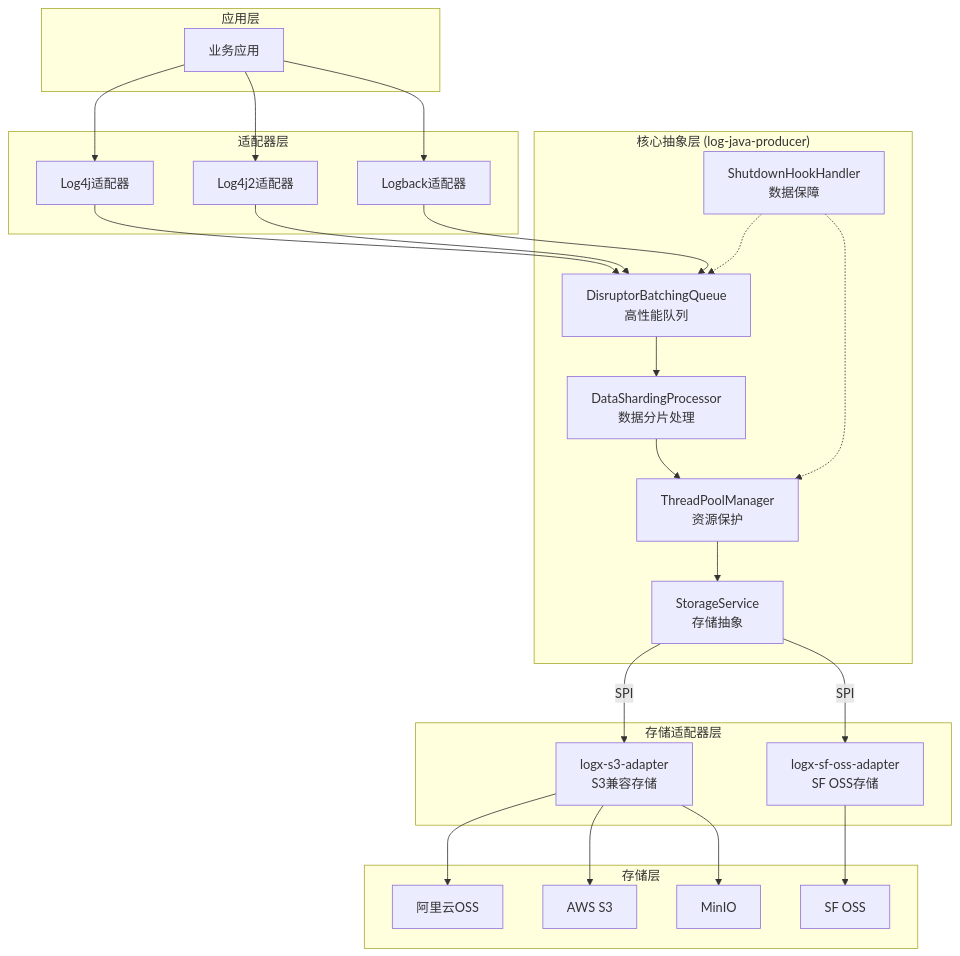
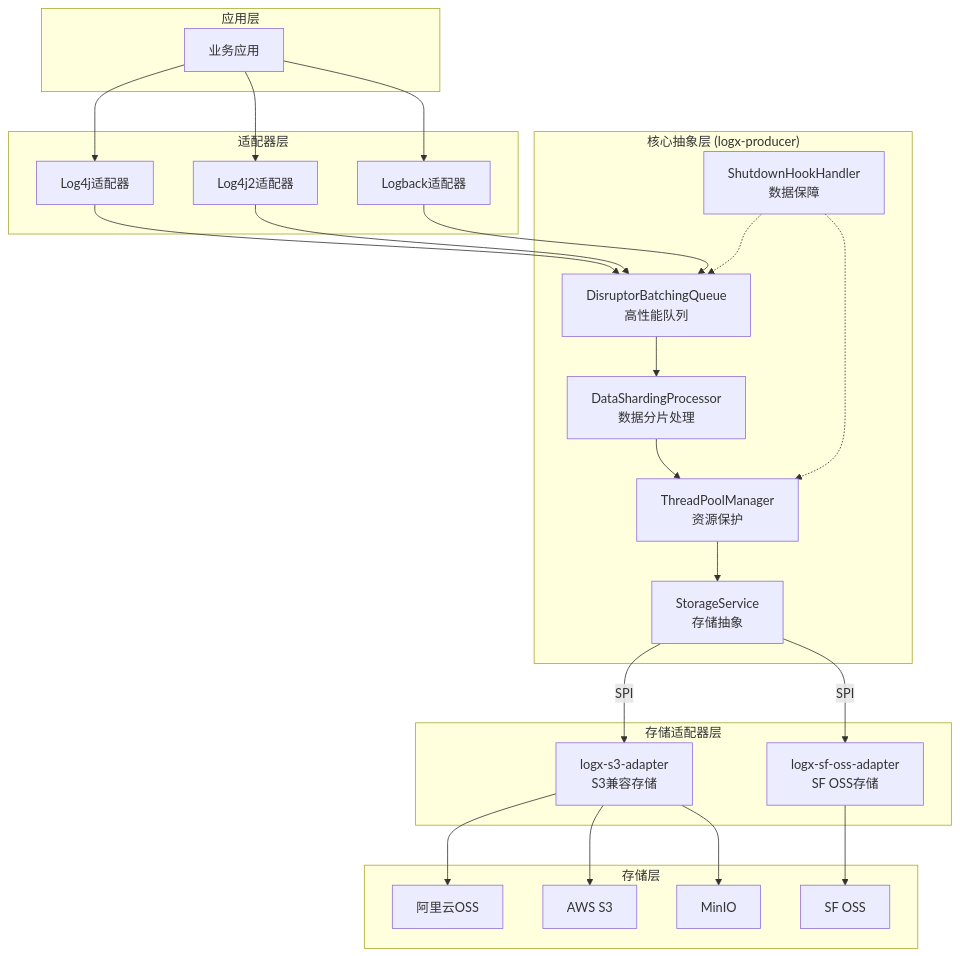
The first of 3 diagrams in docs/architecture.md (kzy77/logx-oss-appender), drawn with Mermaid before and after one commit. The commit also changed other lines of this file and 23 other files, not shown here.

````diff
--- a/docs/architecture.md
+++ b/docs/architecture.md
@@ -173,54 +173,54 @@
 ```mermaid
 graph TD
     subgraph "应用层"
         APP[业务应用]
     end
 
     subgraph "适配器层"
         L4J[Log4j适配器]
         L4J2[Log4j2适配器]
         LB[Logback适配器]
     end
 
-    subgraph "核心抽象层 (log-java-producer)"
+    subgraph "核心抽象层 (logx-producer)"
         DQ[DisruptorBatchingQueue<br/>高性能队列]
         DSP[DataShardingProcessor<br/>数据分片处理]
         TP[ThreadPoolManager<br/>资源保护]
         SH[ShutdownHookHandler<br/>数据保障]
         SS[StorageService<br/>存储抽象]
     end
     
     subgraph "存储适配器层"
         S3A[logx-s3-adapter<br/>S3兼容存储]
         SFOA[logx-sf-oss-adapter<br/>SF OSS存储]
     end
 
     subgraph "存储层"
         OSS[阿里云OSS]
         S3[AWS S3]
         MIN[MinIO]
         SFO[SF OSS]
     end
 
     APP --> L4J
     APP --> L4J2
     APP --> LB
 
     L4J --> DQ
     L4J2 --> DQ
     LB --> DQ
 
     DQ --> DSP
     DSP --> TP
     TP --> SS
     SH -.-> DQ
     SH -.-> TP
 
     SS -- SPI --> S3A
     SS -- SPI --> SFOA
 
     S3A --> OSS
     S3A --> S3
     S3A --> MIN
     SFOA --> SFO
 ```
````
